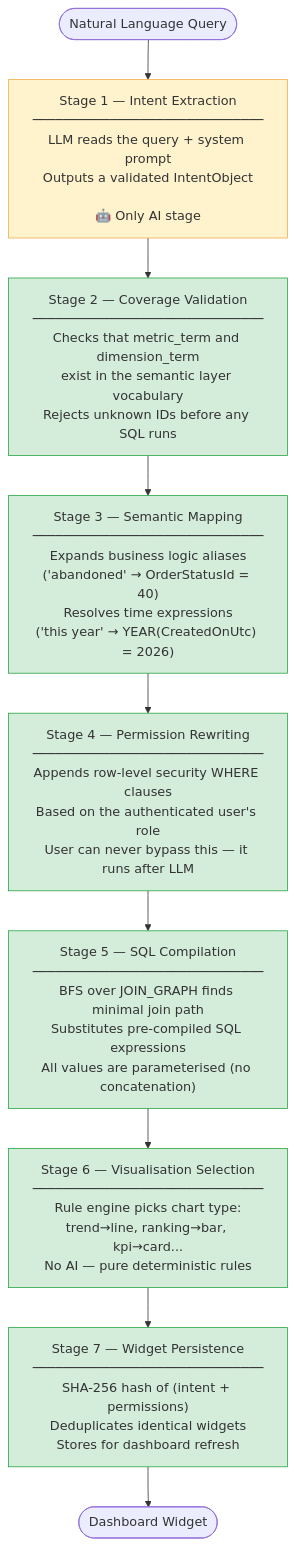
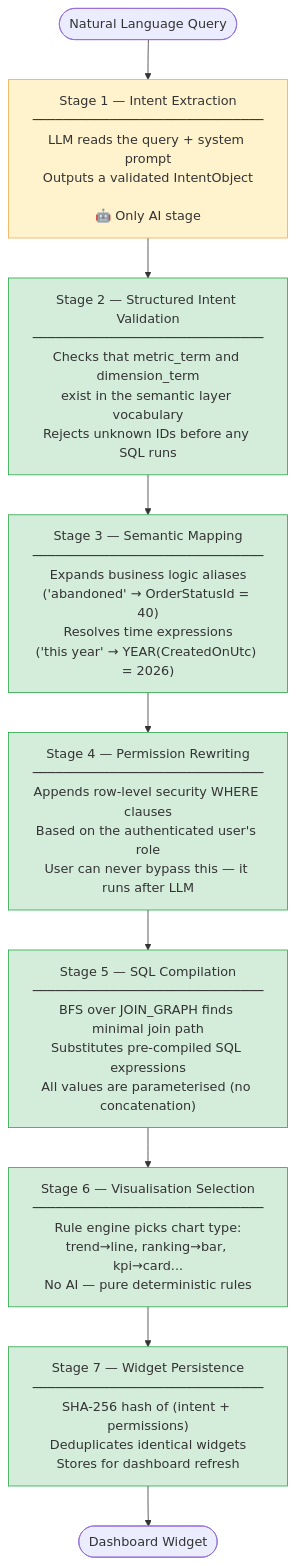
The second of 9 diagrams in EXPLAINER.md (md-riaz/AEGIS-Research), drawn with Mermaid before and after one commit. The commit also changed other lines of this file and 304 other files, not shown here.

Commit message:
Align AEGIS intent validation architecture

````diff
--- a/EXPLAINER.md
+++ b/EXPLAINER.md
@@ -90,30 +90,30 @@
 ```mermaid
 flowchart TD
     S0([Natural Language Query])
 
     S1["Stage 1 — Intent Extraction\n──────────────────────────────\nLLM reads the query + system prompt\nOutputs a validated IntentObject\n\n🤖 Only AI stage"]
 
-    S2["Stage 2 — Coverage Validation\n──────────────────────────────\nChecks that metric_term and dimension_term\nexist in the semantic layer vocabulary\nRejects unknown IDs before any SQL runs"]
+    S2["Stage 2 — Structured Intent Validation\n──────────────────────────────\nChecks that metric_term and dimension_term\nexist in the semantic layer vocabulary\nRejects unknown IDs before any SQL runs"]
 
     S3["Stage 3 — Semantic Mapping\n──────────────────────────────\nExpands business logic aliases\n('abandoned' → OrderStatusId = 40)\nResolves time expressions\n('this year' → YEAR(CreatedOnUtc) = 2026)"]
 
     S4["Stage 4 — Permission Rewriting\n──────────────────────────────\nAppends row-level security WHERE clauses\nBased on the authenticated user's role\nUser can never bypass this — it runs after LLM"]
 
     S5["Stage 5 — SQL Compilation\n──────────────────────────────\nBFS over JOIN_GRAPH finds minimal join path\nSubstitutes pre-compiled SQL expressions\nAll values are parameterised (no concatenation)"]
 
     S6["Stage 6 — Visualisation Selection\n──────────────────────────────\nRule engine picks chart type:\ntrend→line, ranking→bar, kpi→card...\nNo AI — pure deterministic rules"]
 
     S7["Stage 7 — Widget Persistence\n──────────────────────────────\nSHA-256 hash of (intent + permissions)\nDeduplicates identical widgets\nStores for dashboard refresh"]
 
     RESULT([Dashboard Widget])
 
     S0 --> S1 --> S2 --> S3 --> S4 --> S5 --> S6 --> S7 --> RESULT
 
     style S1 fill:#fff3cd,stroke:#f0ad4e
     style S2 fill:#d4edda,stroke:#28a745
     style S3 fill:#d4edda,stroke:#28a745
     style S4 fill:#d4edda,stroke:#28a745
     style S5 fill:#d4edda,stroke:#28a745
     style S6 fill:#d4edda,stroke:#28a745
     style S7 fill:#d4edda,stroke:#28a745
 ```
````
